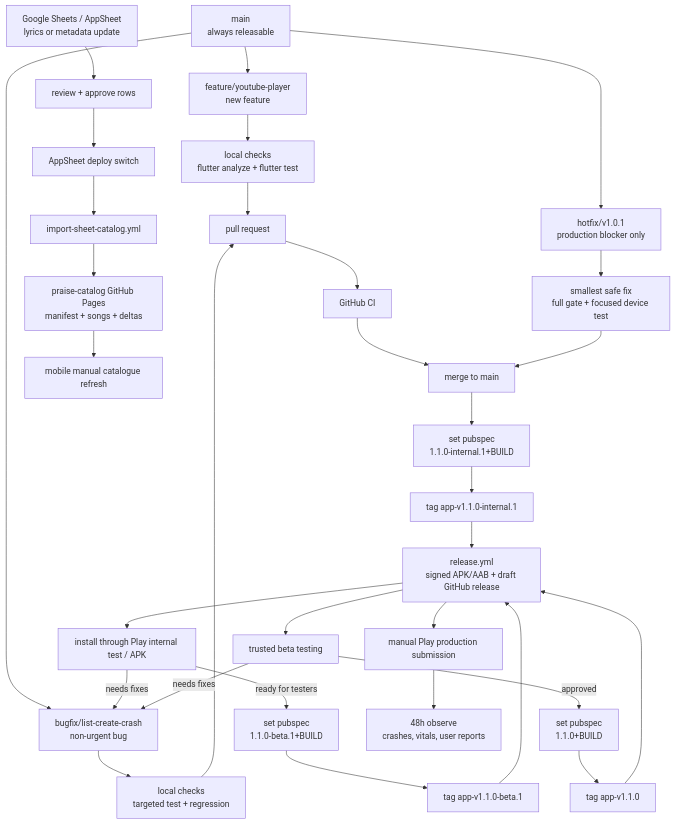
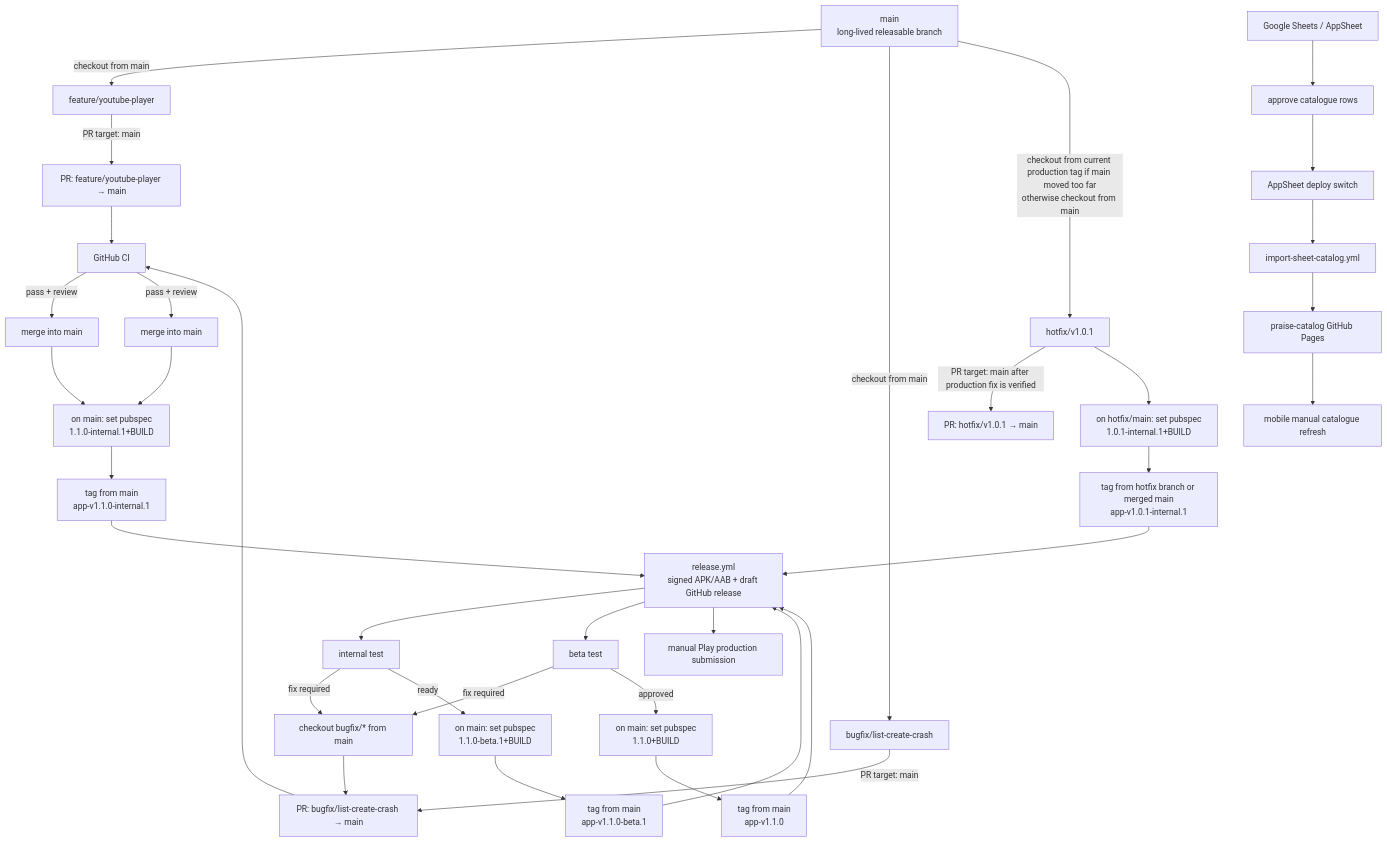
The diagram in docs/RELEASE_PROCESS.md (nani-samireddy/praise), drawn with Mermaid before and after one commit. The commit also changed other lines of this file, not shown here.

Commit message:
feat: add branching and release workflow documentation with flowchart and examples

````diff
--- a/docs/RELEASE_PROCESS.md
+++ b/docs/RELEASE_PROCESS.md
@@ -109,40 +113,46 @@
 ```mermaid
 flowchart TD
-    Main["main<br/>always releasable"] --> Feature["feature/youtube-player<br/>new feature"]
-    Main --> Bugfix["bugfix/list-create-crash<br/>non-urgent bug"]
-    Main --> Hotfix["hotfix/v1.0.1<br/>production blocker only"]
+    Main["main<br/>long-lived releasable branch"]
 
-    Feature --> FeatureChecks["local checks<br/>flutter analyze + flutter test"]
-    Bugfix --> BugfixChecks["local checks<br/>targeted test + regression"]
-    Hotfix --> HotfixChecks["smallest safe fix<br/>full gate + focused device test"]
+    Main -->|checkout from main| Feature["feature/youtube-player"]
+    Feature -->|PR target: main| FeaturePR["PR: feature/youtube-player → main"]
+    FeaturePR --> CI["GitHub CI"]
+    CI -->|pass + review| MergeFeature["merge into main"]
 
-    FeatureChecks --> PR["pull request"]
-    BugfixChecks --> PR
-    PR --> CI["GitHub CI"]
-    CI --> Merge["merge to main"]
-    HotfixChecks --> Merge
+    Main -->|checkout from main| Bugfix["bugfix/list-create-crash"]
+    Bugfix -->|PR target: main| BugfixPR["PR: bugfix/list-create-crash → main"]
+    BugfixPR --> CI
+    CI -->|pass + review| MergeBugfix["merge into main"]
 
-    Merge --> InternalVersion["set pubspec<br/>1.1.0-internal.1+BUILD"]
-    InternalVersion --> InternalTag["tag app-v1.1.0-internal.1"]
+    Main -->|checkout from current production tag if main moved too far<br/>otherwise checkout from main| Hotfix["hotfix/v1.0.1"]
+    Hotfix -->|PR target: main after production fix is verified| HotfixPR["PR: hotfix/v1.0.1 → main"]
+
+    MergeFeature --> InternalCommit["on main: set pubspec<br/>1.1.0-internal.1+BUILD"]
+    MergeBugfix --> InternalCommit
+    Hotfix --> HotfixInternal["on hotfix/main: set pubspec<br/>1.0.1-internal.1+BUILD"]
+
+    InternalCommit --> InternalTag["tag from main<br/>app-v1.1.0-internal.1"]
+    HotfixInternal --> HotfixTag["tag from hotfix branch or merged main<br/>app-v1.0.1-internal.1"]
     InternalTag --> ReleaseWorkflow["release.yml<br/>signed APK/AAB + draft GitHub release"]
-    ReleaseWorkflow --> InternalTest["install through Play internal test / APK"]
+    HotfixTag --> ReleaseWorkflow
 
-    InternalTest -->|needs fixes| Bugfix
-    InternalTest -->|ready for testers| BetaVersion["set pubspec<br/>1.1.0-beta.1+BUILD"]
-    BetaVersion --> BetaTag["tag app-v1.1.0-beta.1"]
+    ReleaseWorkflow --> InternalTest["internal test"]
+    InternalTest -->|fix required| FixBranch["checkout bugfix/* from main"]
+    FixBranch --> BugfixPR
+    InternalTest -->|ready| BetaCommit["on main: set pubspec<br/>1.1.0-beta.1+BUILD"]
+    BetaCommit --> BetaTag["tag from main<br/>app-v1.1.0-beta.1"]
     BetaTag --> ReleaseWorkflow
-    ReleaseWorkflow --> BetaTest["trusted beta testing"]
 
-    BetaTest -->|needs fixes| Bugfix
-    BetaTest -->|approved| StableVersion["set pubspec<br/>1.1.0+BUILD"]
-    StableVersion --> StableTag["tag app-v1.1.0"]
+    ReleaseWorkflow --> BetaTest["beta test"]
+    BetaTest -->|fix required| FixBranch
+    BetaTest -->|approved| StableCommit["on main: set pubspec<br/>1.1.0+BUILD"]
+    StableCommit --> StableTag["tag from main<br/>app-v1.1.0"]
     StableTag --> ReleaseWorkflow
     ReleaseWorkflow --> PlayProduction["manual Play production submission"]
-    PlayProduction --> Observe["48h observe<br/>crashes, vitals, user reports"]
 
-    Sheet["Google Sheets / AppSheet<br/>lyrics or metadata update"] --> Approve["review + approve rows"]
+    Sheet["Google Sheets / AppSheet"] --> Approve["approve catalogue rows"]
     Approve --> DeploySwitch["AppSheet deploy switch"]
     DeploySwitch --> CatalogWorkflow["import-sheet-catalog.yml"]
-    CatalogWorkflow --> CatalogRepo["praise-catalog GitHub Pages<br/>manifest + songs + deltas"]
+    CatalogWorkflow --> CatalogRepo["praise-catalog GitHub Pages"]
     CatalogRepo --> MobileRefresh["mobile manual catalogue refresh"]
 ```
````
